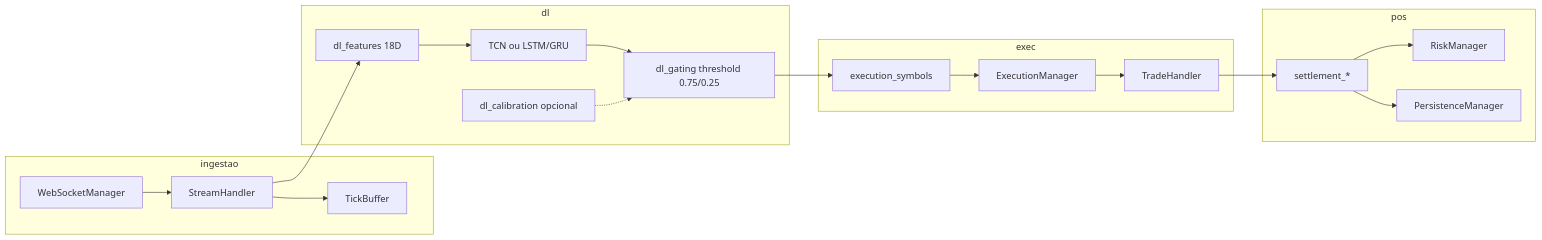
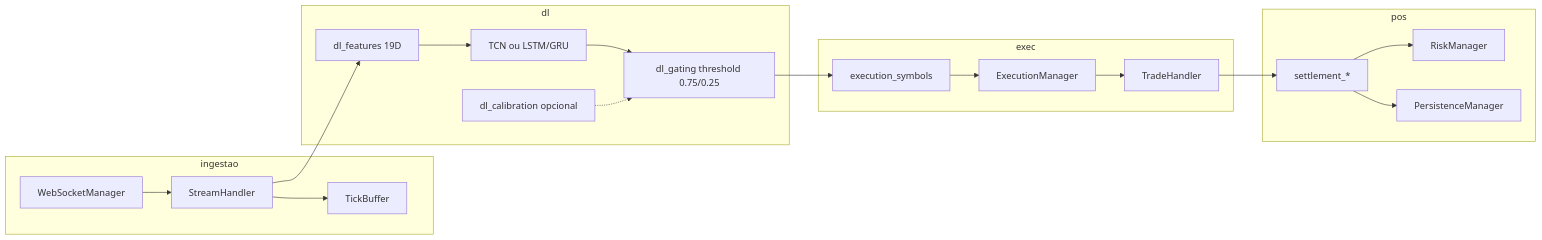
The diagram in docs/arquitetura.md (victorh-silveira/aether-quantum-engine), drawn with Mermaid before and after one commit. The commit also changed other lines of this file and 20 other files, not shown here.

````diff
--- a/docs/arquitetura.md
+++ b/docs/arquitetura.md
@@ -27,30 +27,30 @@
 ```mermaid
 flowchart LR
   subgraph ingestao
     WS[WebSocketManager]
     SH[StreamHandler]
     TB[TickBuffer]
   end
   subgraph dl
-    FEAT[dl_features 18D]
+    FEAT[dl_features 19D]
     MODEL[TCN ou LSTM/GRU]
     CAL[dl_calibration opcional]
     GATE[dl_gating threshold 0.75/0.25]
   end
   subgraph exec
     SEL[execution_symbols]
     EM[ExecutionManager]
     TH[TradeHandler]
   end
   subgraph pos
     ST[settlement_*]
     RM[RiskManager]
     PM[PersistenceManager]
   end
   WS --> SH
   SH --> TB
   SH --> FEAT --> MODEL --> GATE --> SEL --> EM --> TH
   CAL -.-> GATE
   TH --> ST --> RM
   ST --> PM
 ```
````
